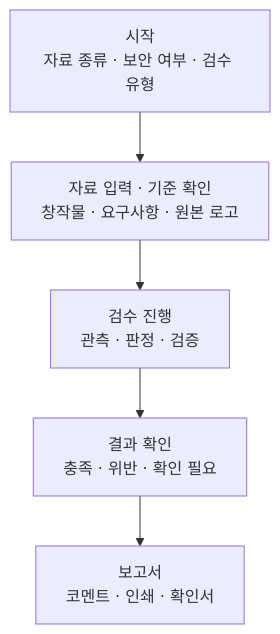
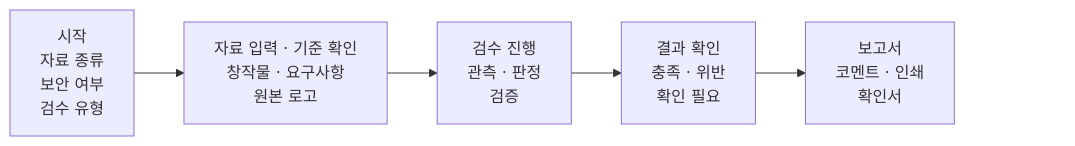
Before and after one commit to 20260528-skn-family-ai-33/SKN33-Final-1Team: the first of 2 diagrams in README.md, drawn with Mermaid.

Commit message:
docs(readme): 흐름·아키텍처 다이어그램 가림 수정, 영상 기술에 로고 모델 표기

````diff
--- a/README.md
+++ b/README.md
@@ -152,7 +152,9 @@
 ```mermaid
-flowchart TB
-    S["시작<br/>자료 종류 · 보안 여부 · 검수 유형"] --> A["자료 입력 · 기준 확인<br/>창작물 · 요구사항 · 원본 로고"]
-    A --> C["검수 진행<br/>관측 · 판정 · 검증"]
-    C --> D["결과 확인<br/>충족 · 위반 · 확인 필요"]
-    D --> E["보고서<br/>코멘트 · 인쇄 · 확인서"]
+flowchart LR
+    S["시작<br/>자료 종류<br/>보안 여부<br/>검수 유형"] --> A["자료 입력 · 기준 확인<br/>창작물 · 요구사항<br/>원본 로고"]
+    A --> C["검수 진행<br/>관측 · 판정<br/>검증"]
+    C --> D["결과 확인<br/>충족 · 위반<br/>확인 필요"]
+    D --> E["보고서<br/>코멘트 · 인쇄<br/>확인서"]
+    E ~~~ SP[" "]
+    style SP fill:none,stroke:none
 ```
````
